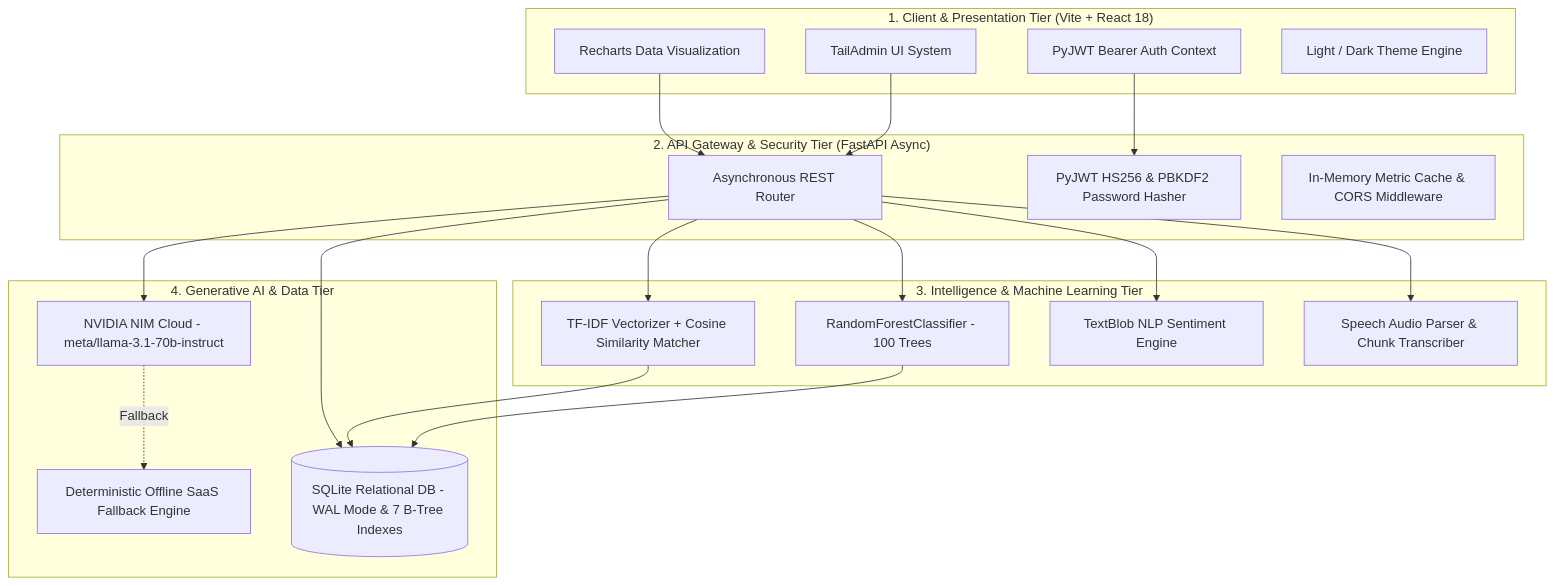
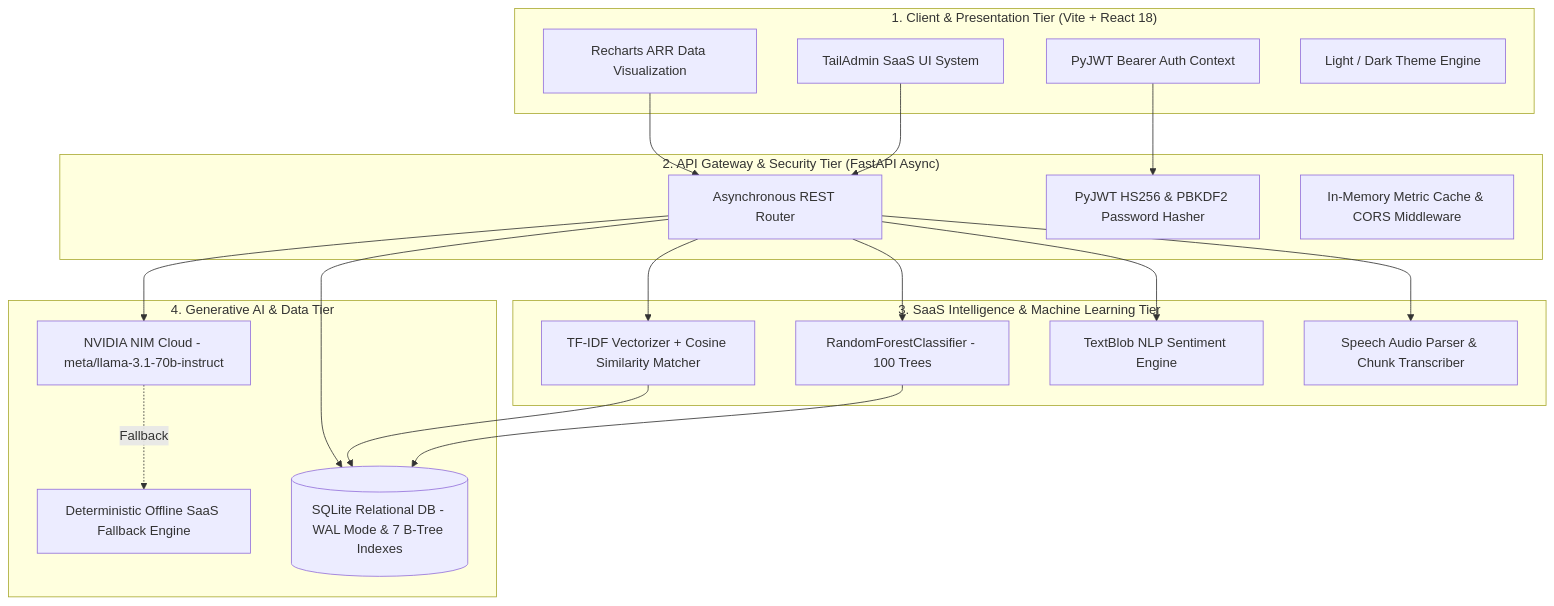
One commit to shubh152205/SaaS-SalesGenieAI changed the diagram in README.md. Above: the diagram before and after it, drawn with Mermaid. The commit also changed other lines of this file and 4 other files, not shown here.

````diff
--- a/README.md
+++ b/README.md
@@ -56,41 +64,41 @@
 ```mermaid
 graph TD
     subgraph "1. Client & Presentation Tier (Vite + React 18)"
-        UI[TailAdmin UI System]
-        Charts[Recharts Data Visualization]
+        UI[TailAdmin SaaS UI System]
+        Charts[Recharts ARR Data Visualization]
         AuthC[PyJWT Bearer Auth Context]
         ThemeC[Light / Dark Theme Engine]
     end
 
     subgraph "2. API Gateway & Security Tier (FastAPI Async)"
         Router[Asynchronous REST Router]
         AuthSec[PyJWT HS256 & PBKDF2 Password Hasher]
         Cache[In-Memory Metric Cache & CORS Middleware]
     end
 
-    subgraph "3. Intelligence & Machine Learning Tier"
+    subgraph "3. SaaS Intelligence & Machine Learning Tier"
         RF[RandomForestClassifier - 100 Trees]
         TFIDF[TF-IDF Vectorizer + Cosine Similarity Matcher]
         NLP[TextBlob NLP Sentiment Engine]
         AudioProc[Speech Audio Parser & Chunk Transcriber]
     end
 
     subgraph "4. Generative AI & Data Tier"
         NIM[NVIDIA NIM Cloud - meta/llama-3.1-70b-instruct]
         Fallback[Deterministic Offline SaaS Fallback Engine]
         DB[(SQLite Relational DB - WAL Mode & 7 B-Tree Indexes)]
     end
 
     UI --> Router
     Charts --> Router
     AuthC --> AuthSec
     Router --> RF
     Router --> TFIDF
     Router --> NLP
     Router --> AudioProc
     Router --> NIM
     NIM -. Fallback .-> Fallback
     RF --> DB
     TFIDF --> DB
     Router --> DB
 ```
````
